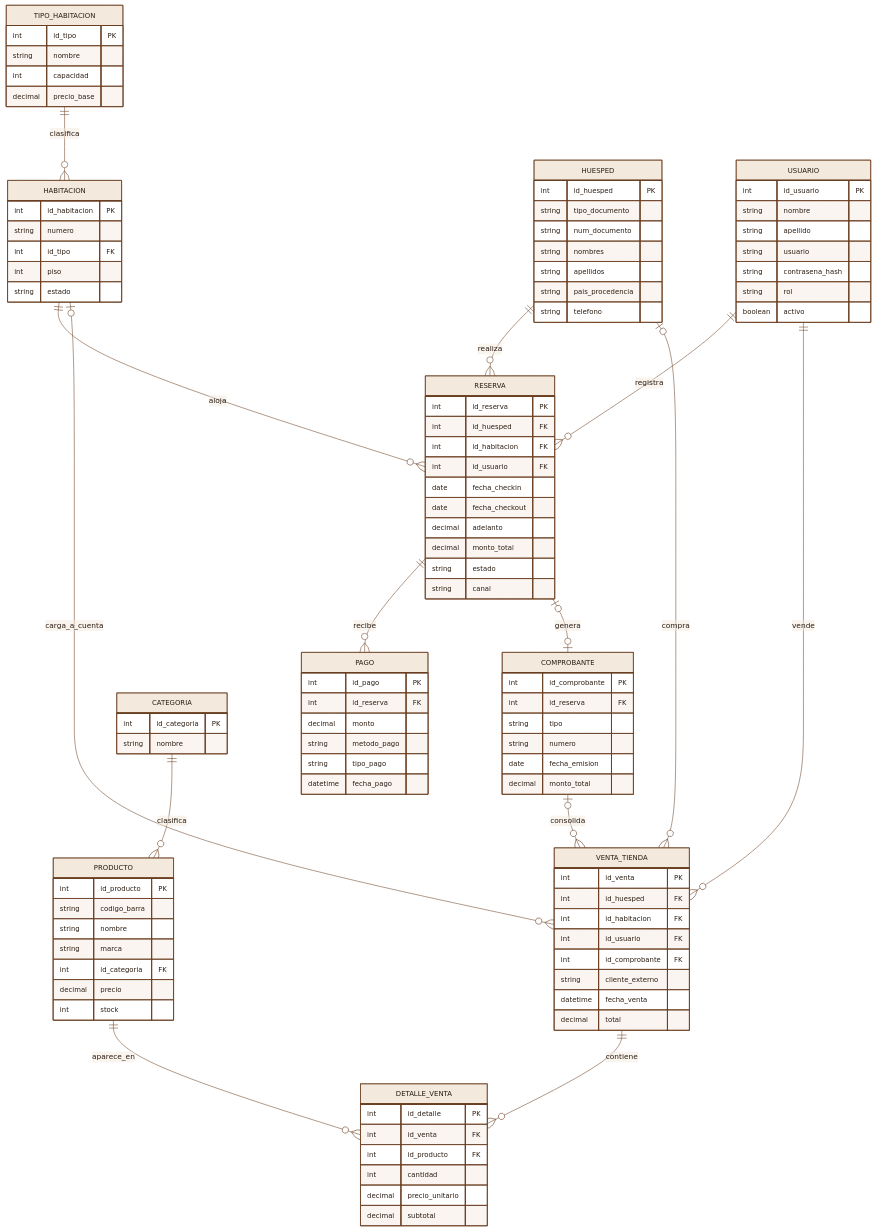
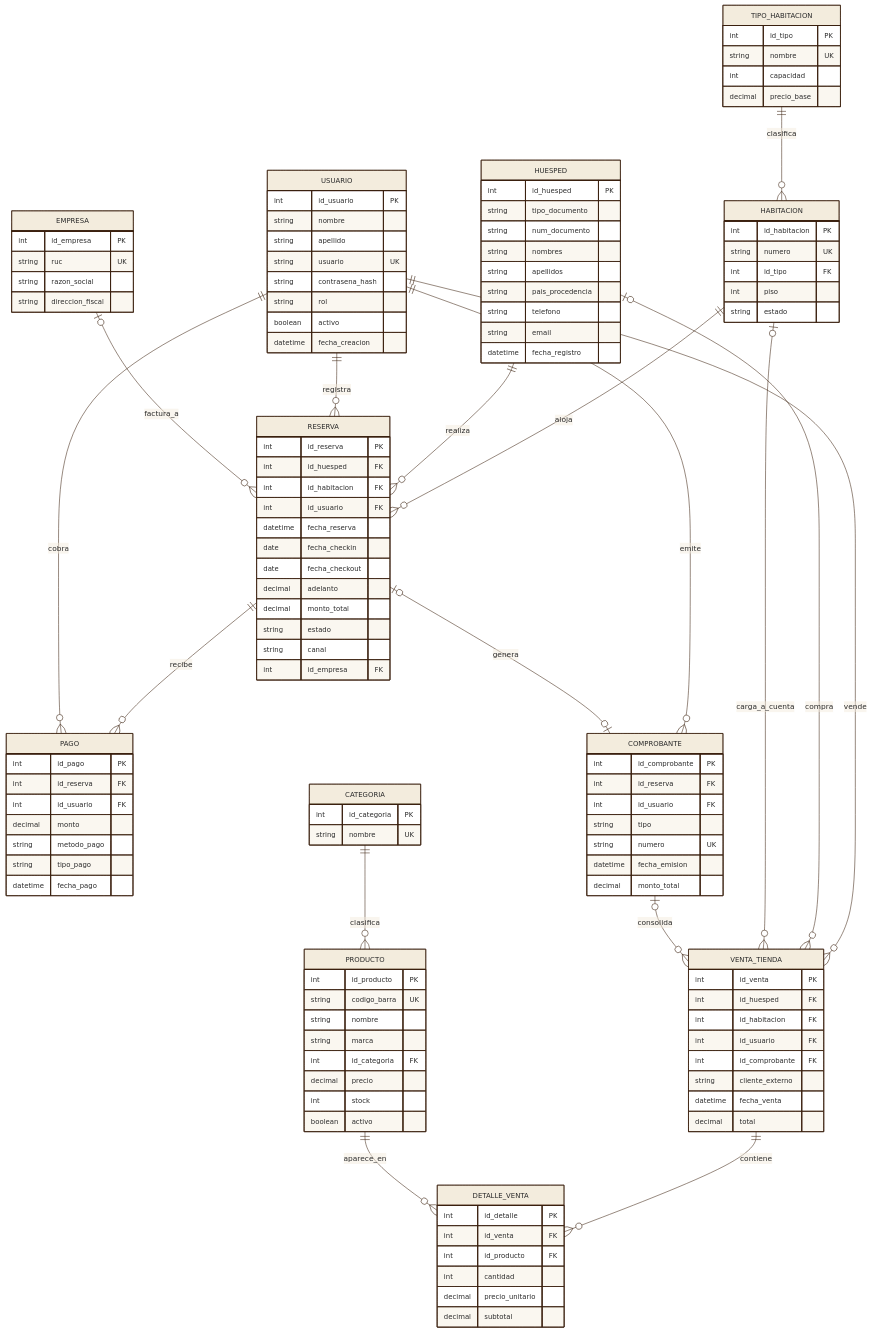
One commit to aquilesingsis-png/HOTEL_SAN_ANTONIO changed the diagram in docs/diagrama.mmd. Above: the diagram before and after it, drawn with Mermaid. The commit also changed 23 other files, not shown here.

```diff
--- a/docs/diagrama.mmd
+++ b/docs/diagrama.mmd
@@ -1,106 +1,123 @@
-%%{init: {'theme':'base', 'themeVariables': { 'primaryColor':'#F3E9DD','primaryBorderColor':'#6B3F22','primaryTextColor':'#2B1D12','lineColor':'#6B3F22','tertiaryColor':'#F3E9DD','fontFamily':'IBM Plex Mono, monospace','fontSize':'13px'}}}%%
+%%{init: {'theme':'base', 'themeVariables': { 'primaryColor':'#F3ECDD','primaryBorderColor':'#3B210F','primaryTextColor':'#2B2B2B','lineColor':'#3B210F','tertiaryColor':'#F3ECDD','fontFamily':'Arial, sans-serif','fontSize':'13px'}}}%%
 erDiagram
     TIPO_HABITACION ||--o{ HABITACION : clasifica
     HABITACION ||--o{ RESERVA : aloja
     HUESPED ||--o{ RESERVA : realiza
     USUARIO ||--o{ RESERVA : registra
+    EMPRESA |o--o{ RESERVA : factura_a
     RESERVA ||--o{ PAGO : recibe
+    USUARIO ||--o{ PAGO : cobra
     USUARIO ||--o{ VENTA_TIENDA : vende
+    USUARIO ||--o{ COMPROBANTE : emite
     HUESPED |o--o{ VENTA_TIENDA : compra
     HABITACION |o--o{ VENTA_TIENDA : "carga_a_cuenta"
     VENTA_TIENDA ||--o{ DETALLE_VENTA : contiene
     PRODUCTO ||--o{ DETALLE_VENTA : aparece_en
     CATEGORIA ||--o{ PRODUCTO : clasifica
     RESERVA |o--o| COMPROBANTE : genera
     COMPROBANTE |o--o{ VENTA_TIENDA : consolida
 
     TIPO_HABITACION {
         int id_tipo PK
-        string nombre
+        string nombre UK
         int capacidad
         decimal precio_base
     }
     HABITACION {
         int id_habitacion PK
-        string numero
+        string numero UK
         int id_tipo FK
         int piso
         string estado
     }
     HUESPED {
         int id_huesped PK
         string tipo_documento
         string num_documento
         string nombres
         string apellidos
         string pais_procedencia
         string telefono
+        string email
+        datetime fecha_registro
     }
     USUARIO {
         int id_usuario PK
         string nombre
         string apellido
-        string usuario
+        string usuario UK
         string contrasena_hash
         string rol
         boolean activo
+        datetime fecha_creacion
     }
     RESERVA {
         int id_reserva PK
         int id_huesped FK
         int id_habitacion FK
         int id_usuario FK
+        datetime fecha_reserva
         date fecha_checkin
         date fecha_checkout
         decimal adelanto
         decimal monto_total
         string estado
         string canal
+        int id_empresa FK
+    }
+    EMPRESA {
+        int id_empresa PK
+        string ruc UK
+        string razon_social
+        string direccion_fiscal
     }
     PAGO {
         int id_pago PK
         int id_reserva FK
+        int id_usuario FK
         decimal monto
         string metodo_pago
         string tipo_pago
         datetime fecha_pago
     }
     CATEGORIA {
         int id_categoria PK
-        string nombre
+        string nombre UK
     }
     PRODUCTO {
         int id_producto PK
-        string codigo_barra
+        string codigo_barra UK
         string nombre
         string marca
         int id_categoria FK
         decimal precio
         int stock
+        boolean activo
+    }
+    COMPROBANTE {
+        int id_comprobante PK
+        int id_reserva FK
+        int id_usuario FK
+        string tipo
+        string numero UK
+        datetime fecha_emision
+        decimal monto_total
     }
     VENTA_TIENDA {
         int id_venta PK
         int id_huesped FK
         int id_habitacion FK
         int id_usuario FK
         int id_comprobante FK
         string cliente_externo
         datetime fecha_venta
         decimal total
     }
     DETALLE_VENTA {
         int id_detalle PK
         int id_venta FK
         int id_producto FK
         int cantidad
         decimal precio_unitario
         decimal subtotal
     }
-    COMPROBANTE {
-        int id_comprobante PK
-        int id_reserva FK
-        string tipo
-        string numero
-        date fecha_emision
-        decimal monto_total
-    }
```
